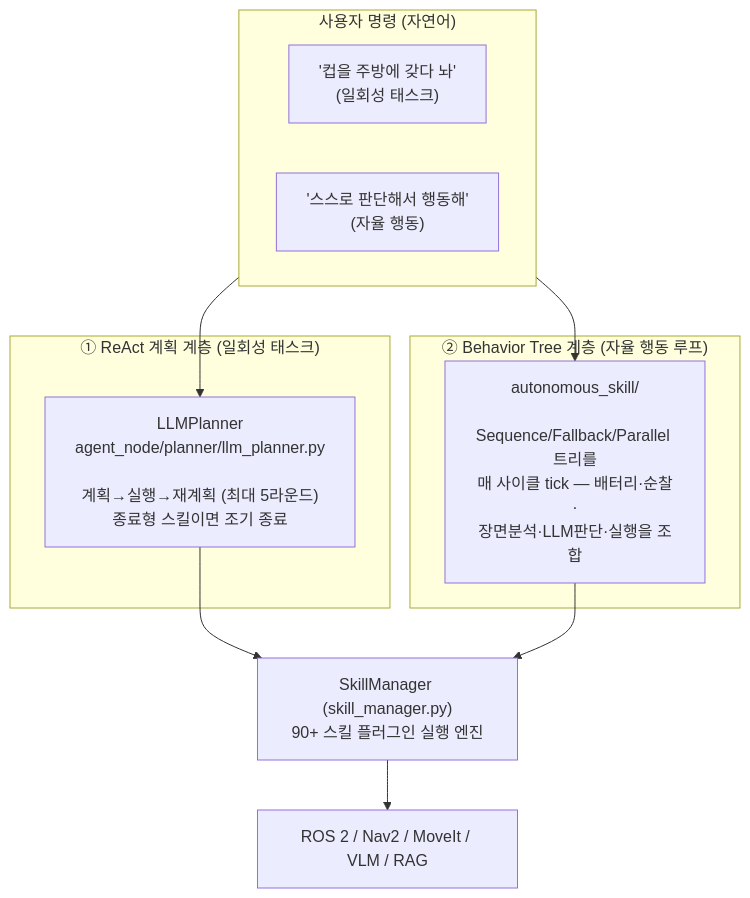
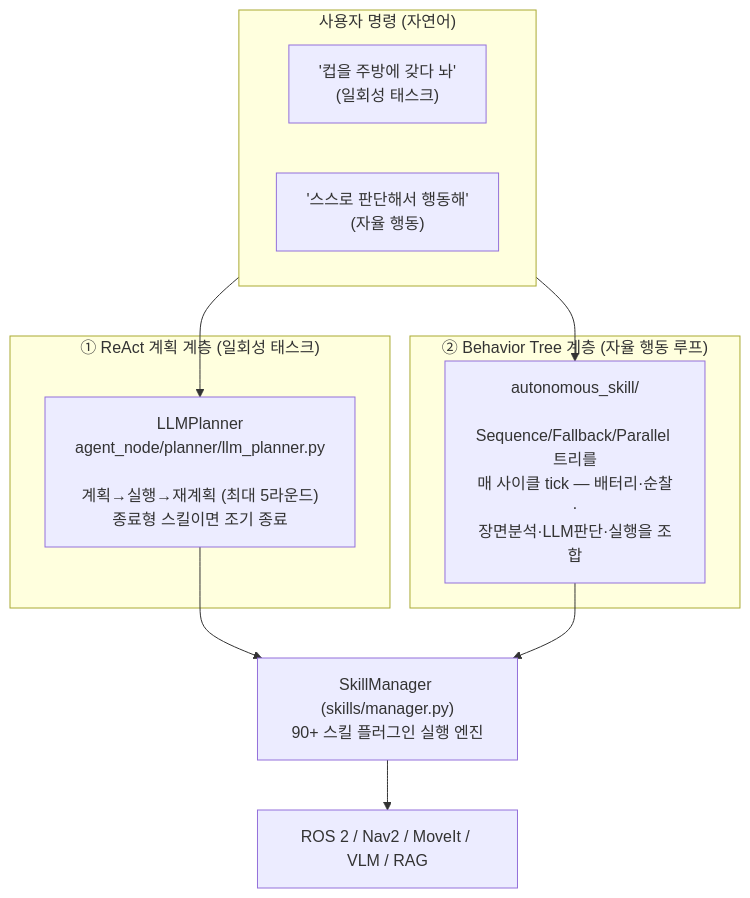
The first of 2 diagrams in docs/behavior-tree/README.md (Open-Edge-Robotics/A.RobotAI-Robot-RoboClaw), drawn with Mermaid before and after one commit. The commit also changed other lines of this file and 45 other files, not shown here.

````diff
--- a/docs/behavior-tree/README.md
+++ b/docs/behavior-tree/README.md
@@ -28,24 +28,24 @@
 ```mermaid
 flowchart TB
     subgraph U["사용자 명령 (자연어)"]
         direction LR
         cmd1["'컵을 주방에 갖다 놔'\n(일회성 태스크)"]
         cmd2["'스스로 판단해서 행동해'\n(자율 행동)"]
     end
 
     cmd1 --> ReAct
     cmd2 --> BT
 
     subgraph L1["① ReAct 계획 계층 (일회성 태스크)"]
         ReAct["LLMPlanner\nagent_node/planner/llm_planner.py\n\n계획→실행→재계획 (최대 5라운드)\n종료형 스킬이면 조기 종료"]
     end
 
     subgraph L2["② Behavior Tree 계층 (자율 행동 루프)"]
         BT["autonomous_skill/\n\nSequence/Fallback/Parallel 트리를\n매 사이클 tick — 배터리·순찰·\n장면분석·LLM판단·실행을 조합"]
     end
 
     ReAct --> SM
     BT --> SM
-    SM["SkillManager (skill_manager.py)\n90+ 스킬 플러그인 실행 엔진"]
+    SM["SkillManager (skills/manager.py)\n90+ 스킬 플러그인 실행 엔진"]
     SM --> ROS["ROS 2 / Nav2 / MoveIt / VLM / RAG"]
 ```
````
